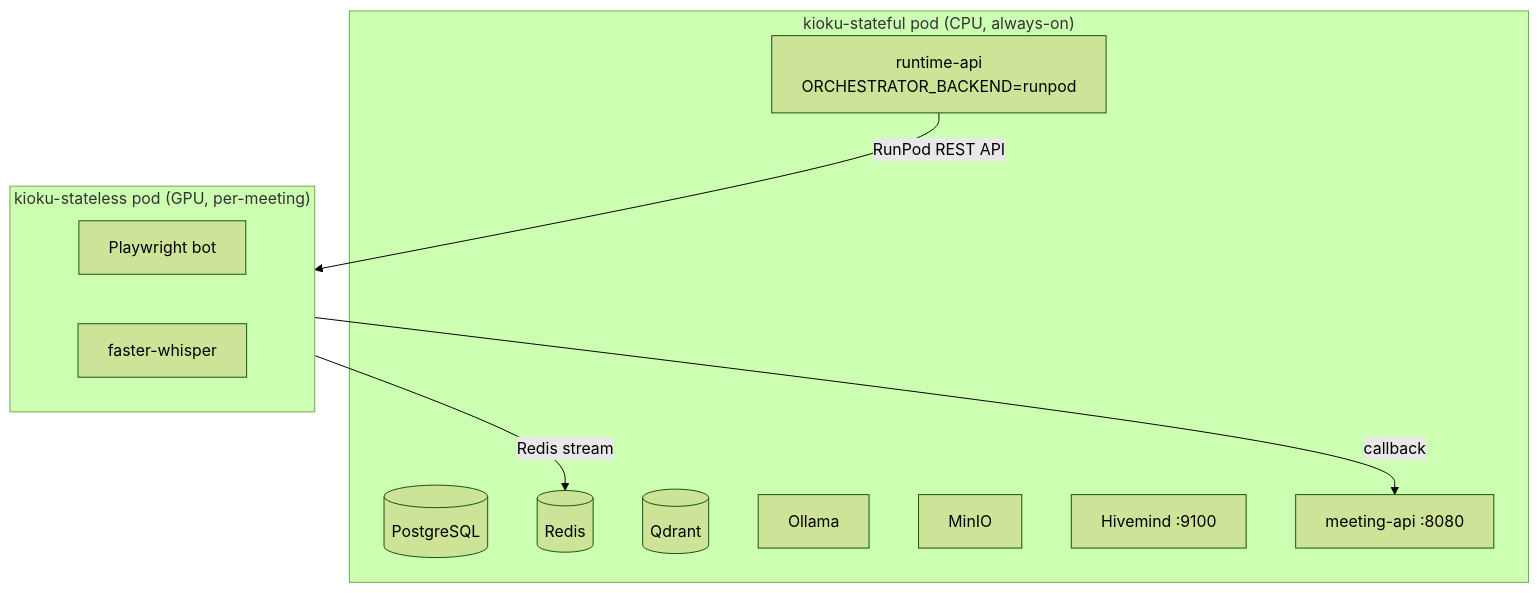
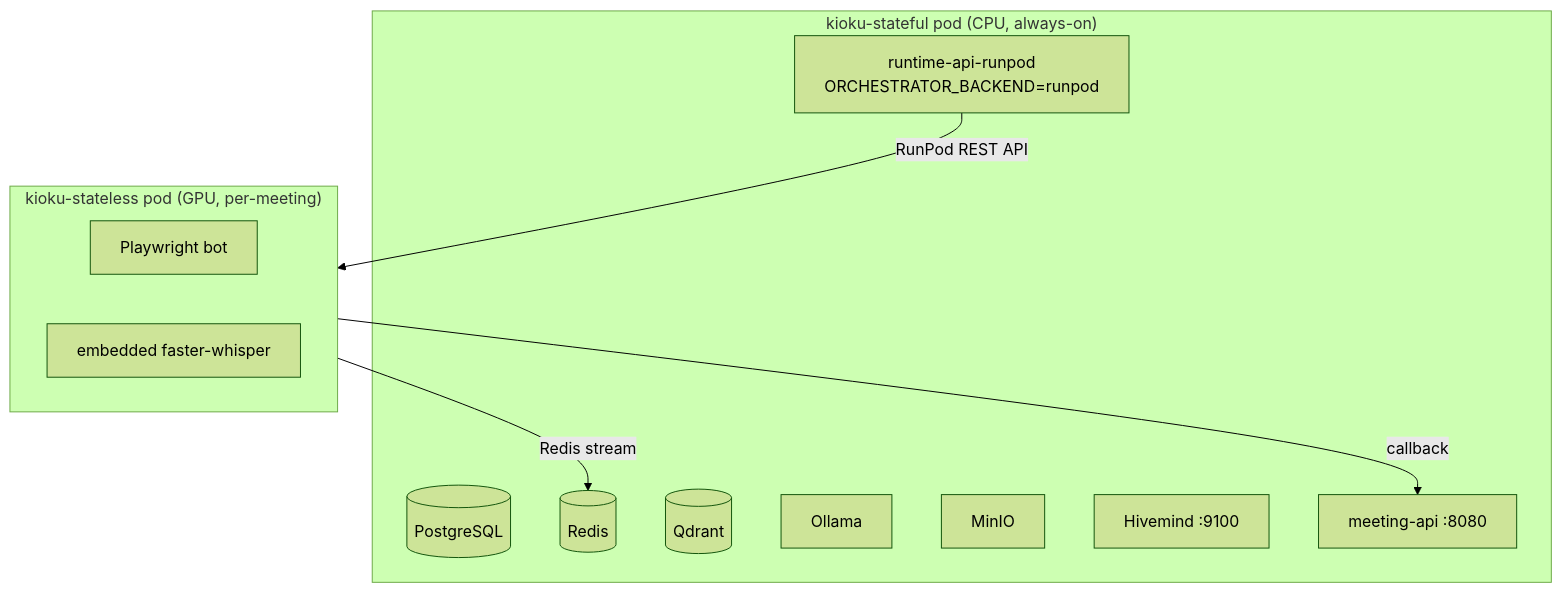
One commit to kioku-org/kioku changed the first of 2 diagrams in docs/deployment/runpod.md. Above: the diagram before and after it, drawn with Mermaid (forest theme). The commit also changed other lines of this file and 45 other files, not shown here.

````diff
--- a/docs/deployment/runpod.md
+++ b/docs/deployment/runpod.md
@@ -13,18 +13,18 @@
 ```mermaid
 graph TD
     subgraph stateful["kioku-stateful pod (CPU, always-on)"]
         PG[(PostgreSQL)] & RD[(Redis)] & QD[(Qdrant)]
         OL[Ollama] & MN[MinIO]
         HM[Hivemind :9100] & MA[meeting-api :8080]
-        RA[runtime-api\nORCHESTRATOR_BACKEND=runpod]
+        RA[runtime-api-runpod\nORCHESTRATOR_BACKEND=runpod]
     end
 
     subgraph stateless["kioku-stateless pod (GPU, per-meeting)"]
         BOT[Playwright bot]
-        WH[faster-whisper]
+        WH[embedded faster-whisper]
     end
 
     RA -->|RunPod REST API| stateless
     stateless -->|Redis stream| RD
     stateless -->|callback| MA
 ```
````
